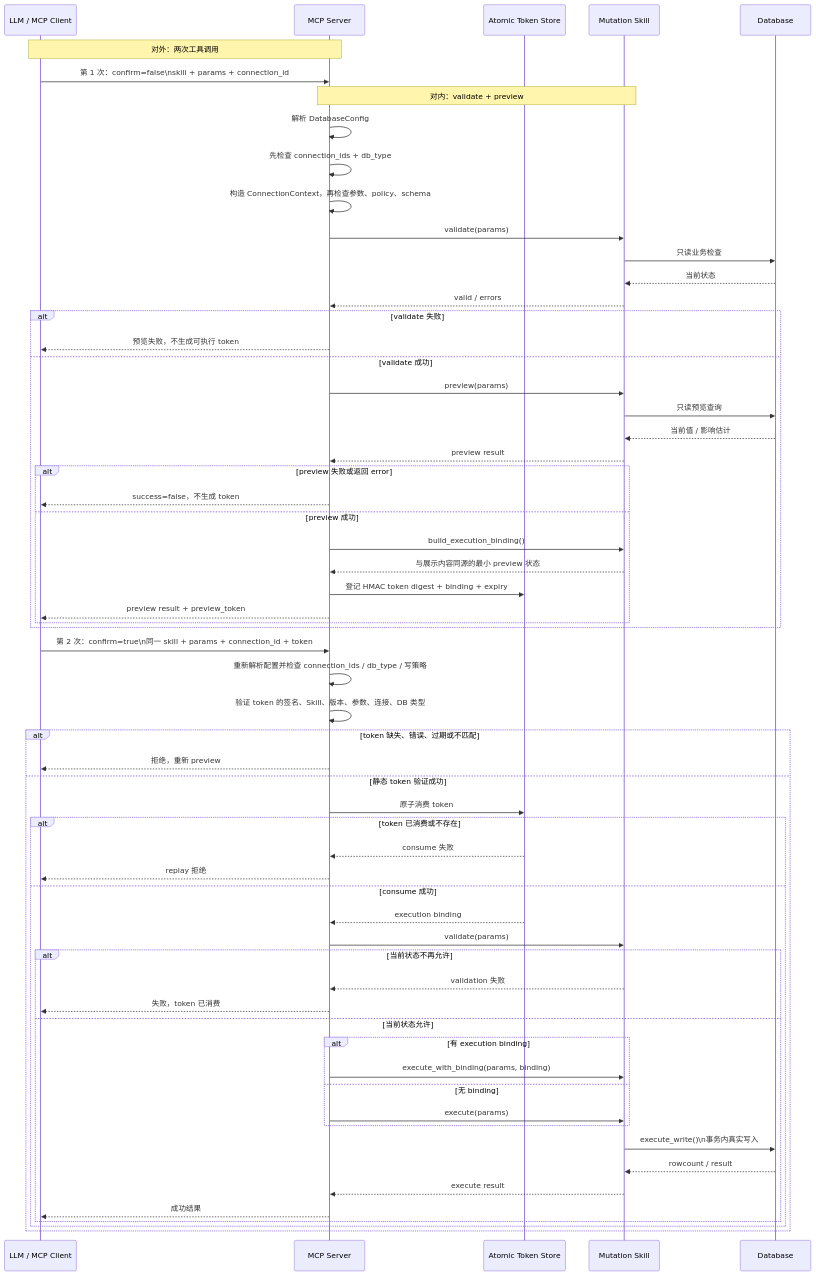
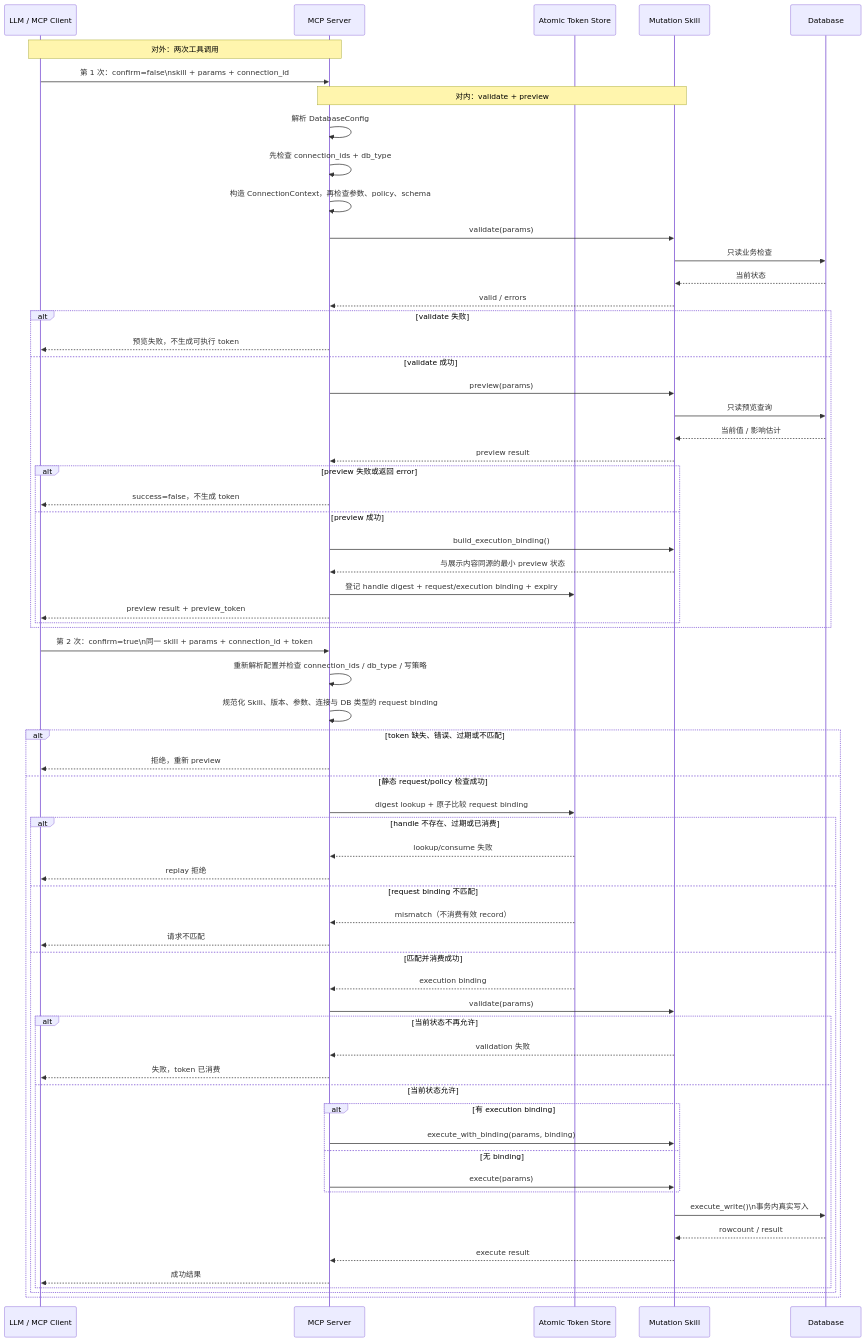
The fifth of 5 diagrams in RELEASE_NOTES/GUIDE/V3_5-V3_7_SKILLS_GUIDE_ZH.md (Firstmeridian/llm-sql-safety-executor-mcp), drawn with Mermaid before and after one commit. The commit also changed other lines of this file and 25 other files, not shown here.

````diff
--- a/RELEASE_NOTES/GUIDE/V3_5-V3_7_SKILLS_GUIDE_ZH.md
+++ b/RELEASE_NOTES/GUIDE/V3_5-V3_7_SKILLS_GUIDE_ZH.md
@@ -775,68 +802,71 @@
 ```mermaid
 sequenceDiagram
     participant Agent as LLM / MCP Client
     participant Server as MCP Server
     participant Store as Atomic Token Store
     participant Skill as Mutation Skill
     participant DB as Database
 
     Note over Agent,Server: 对外：两次工具调用
     Agent->>Server: 第 1 次：confirm=false\nskill + params + connection_id
 
     Note over Server,Skill: 对内：validate + preview
     Server->>Server: 解析 DatabaseConfig
     Server->>Server: 先检查 connection_ids + db_type
     Server->>Server: 构造 ConnectionContext，再检查参数、policy、schema
     Server->>Skill: validate(params)
     Skill->>DB: 只读业务检查
     DB-->>Skill: 当前状态
     Skill-->>Server: valid / errors
 
     alt validate 失败
         Server-->>Agent: 预览失败，不生成可执行 token
     else validate 成功
         Server->>Skill: preview(params)
         Skill->>DB: 只读预览查询
         DB-->>Skill: 当前值 / 影响估计
         Skill-->>Server: preview result
         alt preview 失败或返回 error
             Server-->>Agent: success=false，不生成 token
         else preview 成功
             Server->>Skill: build_execution_binding()
             Skill-->>Server: 与展示内容同源的最小 preview 状态
-            Server->>Store: 登记 HMAC token digest + binding + expiry
+            Server->>Store: 登记 handle digest + request/execution binding + expiry
             Server-->>Agent: preview result + preview_token
         end
     end
 
     Agent->>Server: 第 2 次：confirm=true\n同一 skill + params + connection_id + token
     Server->>Server: 重新解析配置并检查 connection_ids / db_type / 写策略
-    Server->>Server: 验证 token 的签名、Skill、版本、参数、连接、DB 类型
+    Server->>Server: 规范化 Skill、版本、参数、连接与 DB 类型的 request binding
 
     alt token 缺失、错误、过期或不匹配
         Server-->>Agent: 拒绝，重新 preview
-    else 静态 token 验证成功
-        Server->>Store: 原子消费 token
-        alt token 已消费或不存在
-            Store-->>Server: consume 失败
+    else 静态 request/policy 检查成功
+        Server->>Store: digest lookup + 原子比较 request binding
+        alt handle 不存在、过期或已消费
+            Store-->>Server: lookup/consume 失败
             Server-->>Agent: replay 拒绝
-        else consume 成功
+        else request binding 不匹配
+            Store-->>Server: mismatch（不消费有效 record）
+            Server-->>Agent: 请求不匹配
+        else 匹配并消费成功
             Store-->>Server: execution binding
             Server->>Skill: validate(params)
             alt 当前状态不再允许
                 Skill-->>Server: validation 失败
                 Server-->>Agent: 失败，token 已消费
             else 当前状态允许
                 alt 有 execution binding
                     Server->>Skill: execute_with_binding(params, binding)
                 else 无 binding
                     Server->>Skill: execute(params)
                 end
                 Skill->>DB: execute_write()\n事务内真实写入
                 DB-->>Skill: rowcount / result
                 Skill-->>Server: execute result
                 Server-->>Agent: 成功结果
             end
         end
     end
 ```
````
